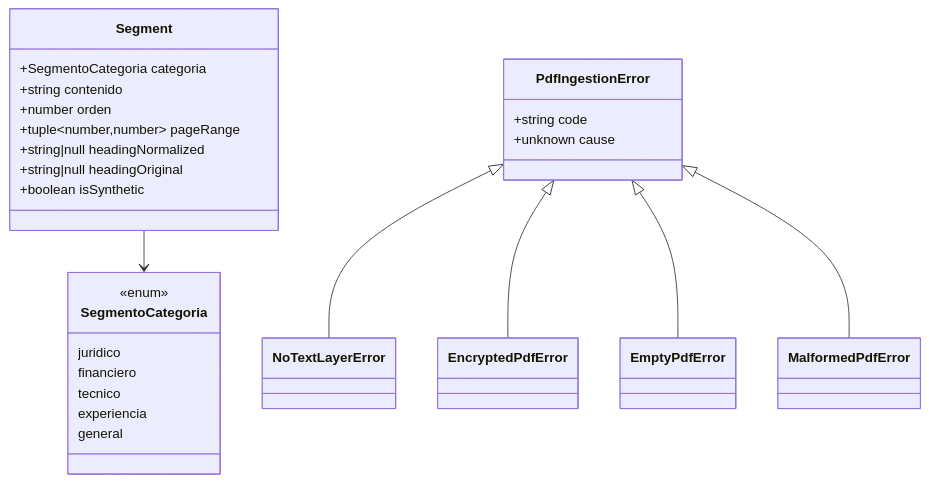
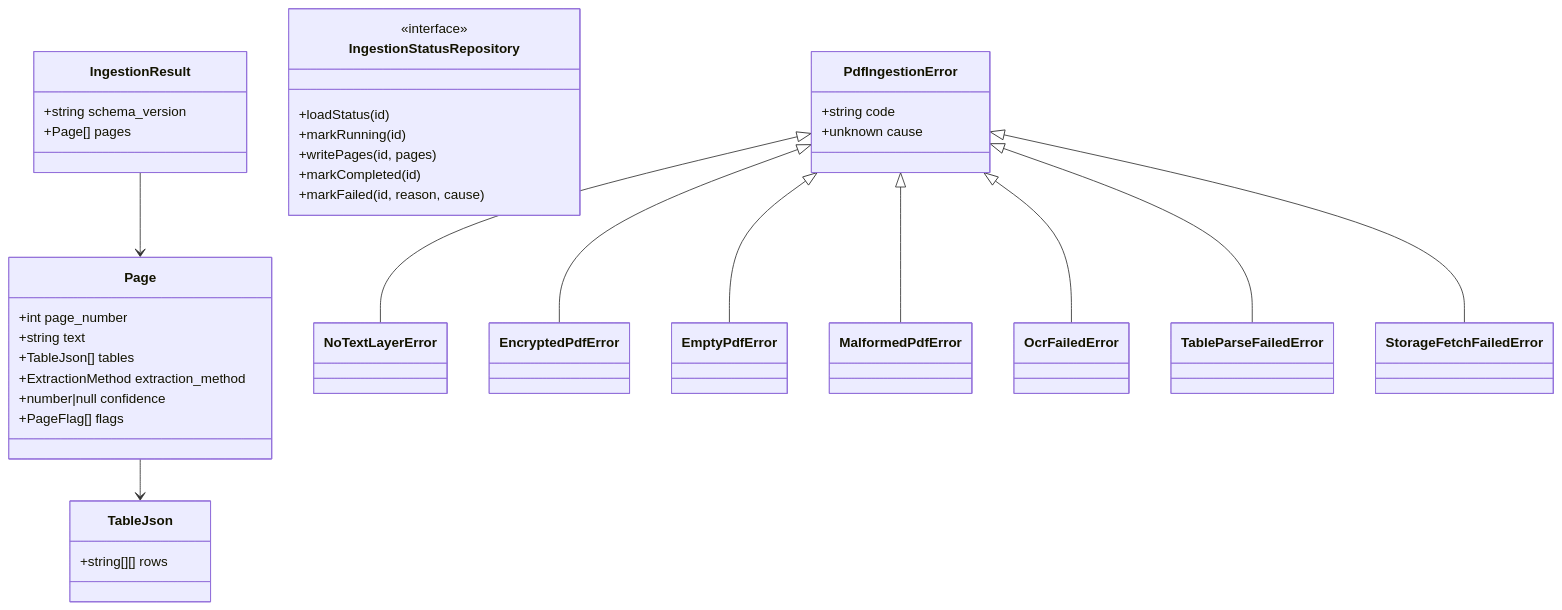
Before and after one commit to agentezai/coltratos: the second of 3 diagrams in docs/pdf-ingestion/feat/00-overview.md, drawn with Mermaid. The commit also changed other lines of this file and 24 other files, not shown here.

First line of the commit message:
docs(pdf-ingestion): rev 4 — queue-worker pipeline, OCR, tables, bench

````diff
--- a/docs/pdf-ingestion/feat/00-overview.md
+++ b/docs/pdf-ingestion/feat/00-overview.md
@@ -65,38 +72,45 @@
 ```mermaid
 classDiagram
-    class Segment {
-        +SegmentoCategoria categoria
-        +string contenido
-        +number orden
-        +tuple~number,number~ pageRange
-        +string|null headingNormalized
-        +string|null headingOriginal
-        +boolean isSynthetic
+    class IngestionResult {
+        +string schema_version
+        +Page[] pages
     }
 
-    class SegmentoCategoria {
-        <<enum>>
-        juridico
-        financiero
-        tecnico
-        experiencia
-        general
+    class Page {
+        +int page_number
+        +string text
+        +TableJson[] tables
+        +ExtractionMethod extraction_method
+        +number|null confidence
+        +PageFlag[] flags
+    }
+
+    class TableJson {
+        +string[][] rows
+    }
+
+    class IngestionStatusRepository {
+        <<interface>>
+        +loadStatus(id)
+        +markRunning(id)
+        +writePages(id, pages)
+        +markCompleted(id)
+        +markFailed(id, reason, cause)
     }
 
     class PdfIngestionError {
         +string code
         +unknown cause
     }
 
-    class NoTextLayerError
-    class EncryptedPdfError
-    class EmptyPdfError
-    class MalformedPdfError
-
     PdfIngestionError <|-- NoTextLayerError
     PdfIngestionError <|-- EncryptedPdfError
     PdfIngestionError <|-- EmptyPdfError
     PdfIngestionError <|-- MalformedPdfError
+    PdfIngestionError <|-- OcrFailedError
+    PdfIngestionError <|-- TableParseFailedError
+    PdfIngestionError <|-- StorageFetchFailedError
 
-    Segment --> SegmentoCategoria
+    IngestionResult --> Page
+    Page --> TableJson
 ```
````
